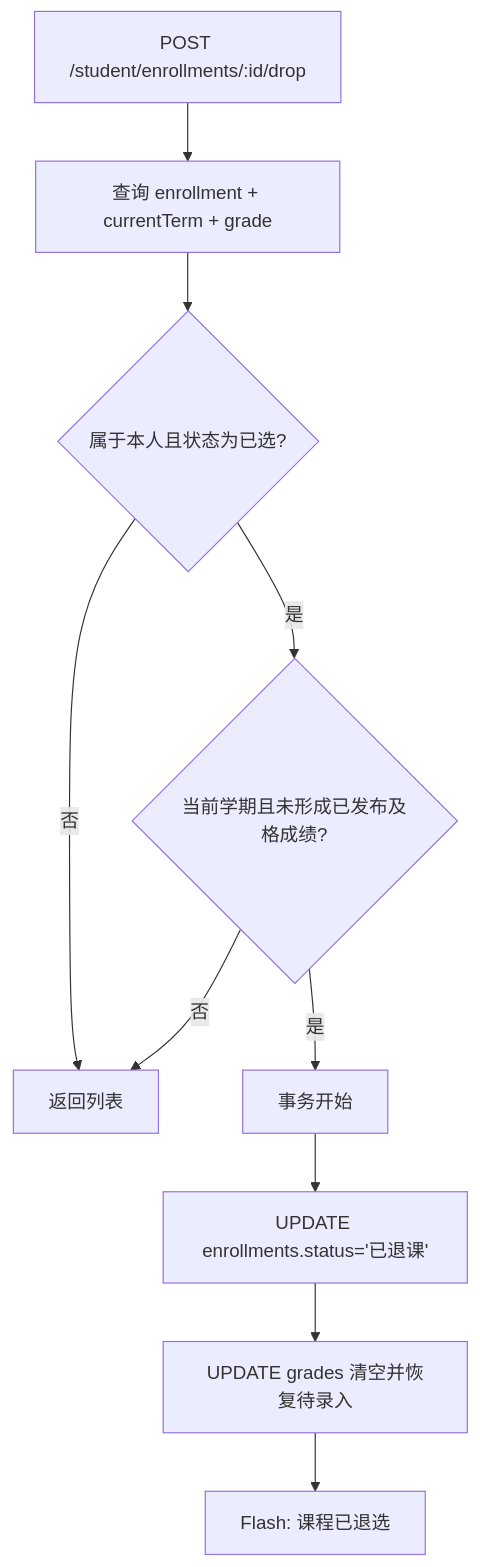
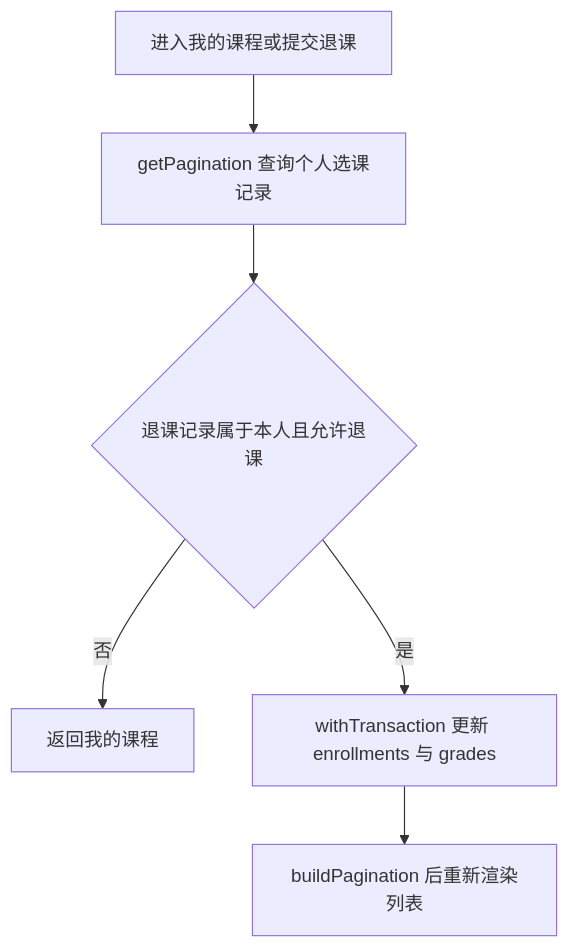
The sixth of 29 diagrams in docs/系统设计说明.md (llkww/jiaoxue), drawn with Mermaid before and after one commit. The commit also changed other lines of this file and 1 other file, not shown here.

````diff
--- a/docs/系统设计说明.md
+++ b/docs/系统设计说明.md
@@ -449,12 +434,8 @@
 ```mermaid
 flowchart TD
-  A[POST /student/enrollments/:id/drop] --> B[查询 enrollment + currentTerm + grade]
-  B --> C{属于本人且状态为已选?}
-  C -- 否 --> D[返回列表]
-  C -- 是 --> E{当前学期且未形成已发布及格成绩?}
-  E -- 否 --> D
-  E -- 是 --> F[事务开始]
-  F --> G[UPDATE enrollments.status='已退课']
-  G --> H[UPDATE grades 清空并恢复待录入]
-  H --> I[Flash: 课程已退选]
+  A[进入我的课程或提交退课] --> B[getPagination 查询个人选课记录]
+  B --> C{退课记录属于本人且允许退课}
+  C -- 否 --> D[返回我的课程]
+  C -- 是 --> E[withTransaction 更新 enrollments 与 grades]
+  E --> F[buildPagination 后重新渲染列表]
 ```
````
